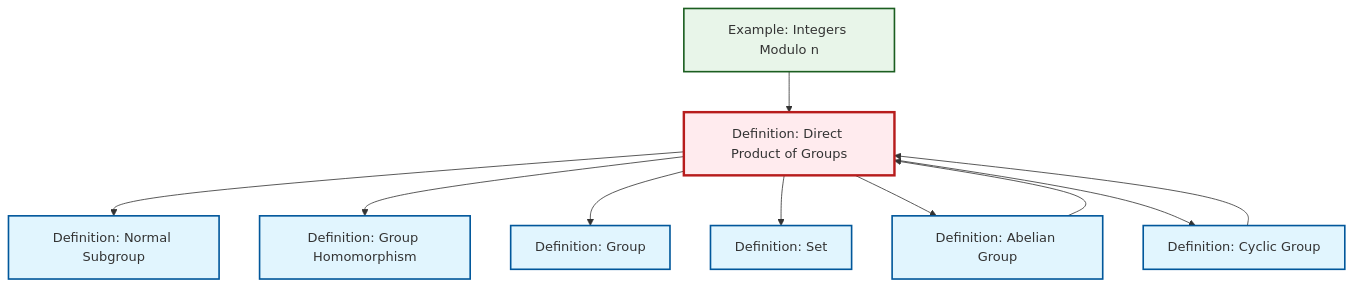
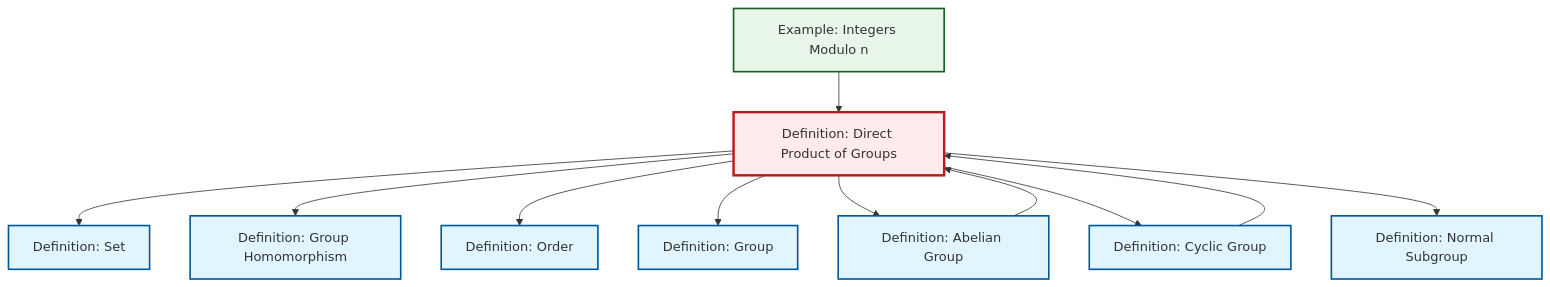
Before and after one commit to RK0429/ModernMath: the diagram in content/ja/algebra/def-direct-product.qmd, drawn with Mermaid. The commit also changed 581 other files, not shown here.

````diff
--- a/content/ja/algebra/def-direct-product.qmd
+++ b/content/ja/algebra/def-direct-product.qmd
@@ -25,34 +25,37 @@
 ```{mermaid}
 %%| fig-cap: "Local dependency graph"
 graph TD
     classDef definition fill:#e1f5fe,stroke:#01579b,stroke-width:2px
     classDef theorem fill:#f3e5f5,stroke:#4a148c,stroke-width:2px
     classDef axiom fill:#fff3e0,stroke:#e65100,stroke-width:2px
     classDef example fill:#e8f5e9,stroke:#1b5e20,stroke-width:2px
     classDef current fill:#ffebee,stroke:#b71c1c,stroke-width:3px
+    ex-quotient-integers-mod-n["Example: Integers Modulo n"]:::example
+    def-order["Definition: Order"]:::definition
+    def-abelian-group["Definition: Abelian Group"]:::definition
+    def-cyclic-group["Definition: Cyclic Group"]:::definition
+    def-set["Definition: Set"]:::definition
+    def-group["Definition: Group"]:::definition
+    def-homomorphism["Definition: Group Homomorphism"]:::definition
+    def-normal-subgroup["Definition: Normal Subgroup"]:::definition
     def-direct-product["Definition: Direct Product of Groups"]:::definition
-    def-abelian-group["Definition: Abelian Group"]:::definition
-    ex-quotient-integers-mod-n["Example: Integers Modulo n"]:::example
-    def-cyclic-group["Definition: Cyclic Group"]:::definition
-    def-group["Definition: Group"]:::definition
-    def-set["Definition: Set"]:::definition
-    def-normal-subgroup["Definition: Normal Subgroup"]:::definition
-    def-homomorphism["Definition: Group Homomorphism"]:::definition
+    ex-quotient-integers-mod-n --> def-direct-product
+    def-cyclic-group --> def-direct-product
+    def-direct-product --> def-set
+    def-direct-product --> def-homomorphism
+    def-direct-product --> def-order
+    def-direct-product --> def-group
+    def-direct-product --> def-abelian-group
+    def-direct-product --> def-cyclic-group
     def-direct-product --> def-normal-subgroup
-    def-direct-product --> def-homomorphism
-    ex-quotient-integers-mod-n --> def-direct-product
-    def-direct-product --> def-group
-    def-direct-product --> def-set
-    def-direct-product --> def-abelian-group
     def-abelian-group --> def-direct-product
-    def-direct-product --> def-cyclic-group
-    def-cyclic-group --> def-direct-product
     class def-direct-product current
+    click ex-quotient-integers-mod-n "ex-quotient-integers-mod-n.html" "Example: Integers Modulo nへ"
+    click def-order "def-order.html" "Definition: Orderへ"
     click def-abelian-group "def-abelian-group.html" "Definition: Abelian Groupへ"
-    click ex-quotient-integers-mod-n "ex-quotient-integers-mod-n.html" "Example: Integers Modulo nへ"
     click def-cyclic-group "def-cyclic-group.html" "Definition: Cyclic Groupへ"
+    click def-set "def-set.html" "Definition: Setへ"
     click def-group "def-group.html" "Definition: Groupへ"
-    click def-set "def-set.html" "Definition: Setへ"
+    click def-homomorphism "def-homomorphism.html" "Definition: Group Homomorphismへ"
     click def-normal-subgroup "def-normal-subgroup.html" "Definition: Normal Subgroupへ"
-    click def-homomorphism "def-homomorphism.html" "Definition: Group Homomorphismへ"
 ```
````
